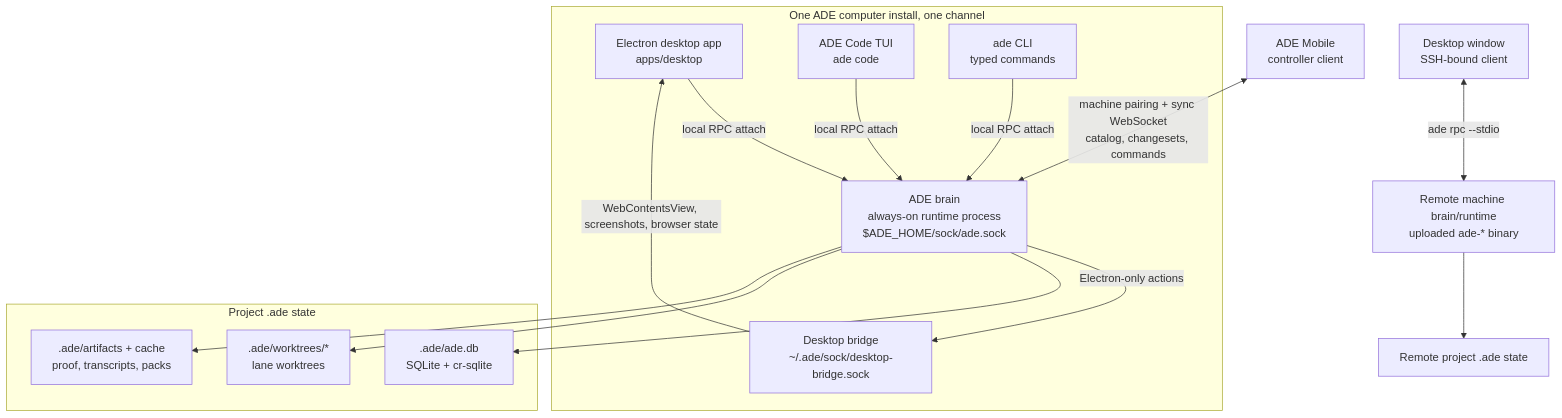
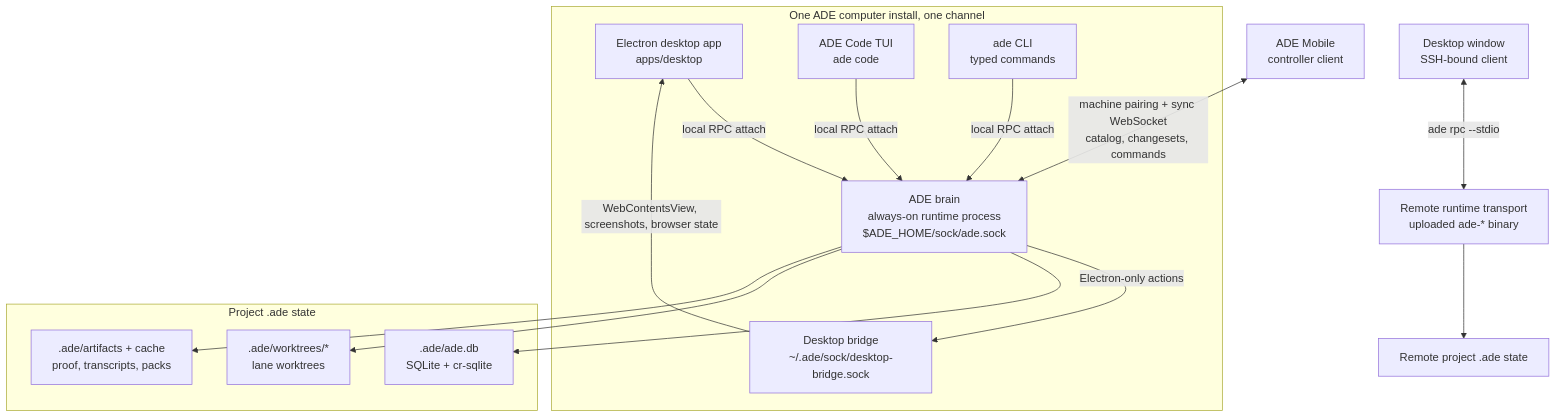
The diagram in docs/ARCHITECTURE.md (arul28/ADE), drawn with Mermaid before and after one commit. The commit also changed other lines of this file and 7 other files, not shown here.

````diff
--- a/docs/ARCHITECTURE.md
+++ b/docs/ARCHITECTURE.md
@@ -17,31 +17,31 @@
 ```mermaid
 flowchart TB
   subgraph LocalMachine["One ADE computer install, one channel"]
     Desktop["Electron desktop app<br/>apps/desktop"]
     Code["ADE Code TUI<br/>ade code"]
     Shell["ade CLI<br/>typed commands"]
     Brain["ADE brain<br/>always-on runtime process<br/>$ADE_HOME/sock/ade.sock"]
     Bridge["Desktop bridge<br/>~/.ade/sock/desktop-bridge.sock"]
   end
 
   Desktop -->|"local RPC attach"| Brain
   Code -->|"local RPC attach"| Brain
   Shell -->|"local RPC attach"| Brain
   Brain -->|"Electron-only actions"| Bridge
   Bridge -->|"WebContentsView, screenshots, browser state"| Desktop
 
   subgraph ProjectState["Project .ade state"]
     Database[".ade/ade.db<br/>SQLite + cr-sqlite"]
     Lanes[".ade/worktrees/*<br/>lane worktrees"]
     Artifacts[".ade/artifacts + cache<br/>proof, transcripts, packs"]
   end
 
   Brain --> Database
   Brain --> Lanes
   Brain --> Artifacts
 
   IOS["ADE Mobile<br/>controller client"] <-->|"machine pairing + sync WebSocket<br/>catalog, changesets, commands"| Brain
 
-  DesktopRemote["Desktop window<br/>SSH-bound client"] <-->|"ade rpc --stdio"| RemoteRuntime["Remote machine brain/runtime<br/>uploaded ade-* binary"]
+  DesktopRemote["Desktop window<br/>SSH-bound client"] <-->|"ade rpc --stdio"| RemoteRuntime["Remote runtime transport<br/>uploaded ade-* binary"]
   RemoteRuntime --> RemoteProject["Remote project .ade state"]
 ```
````
